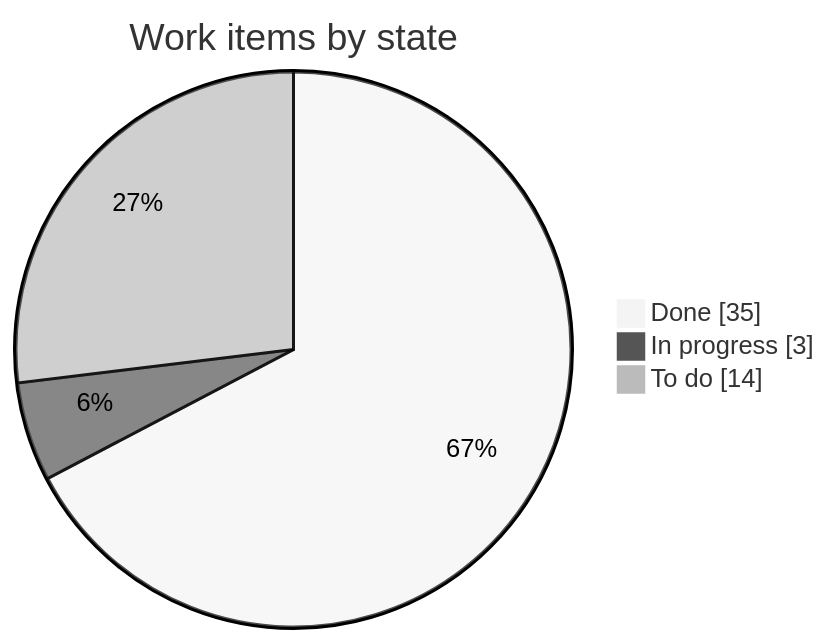
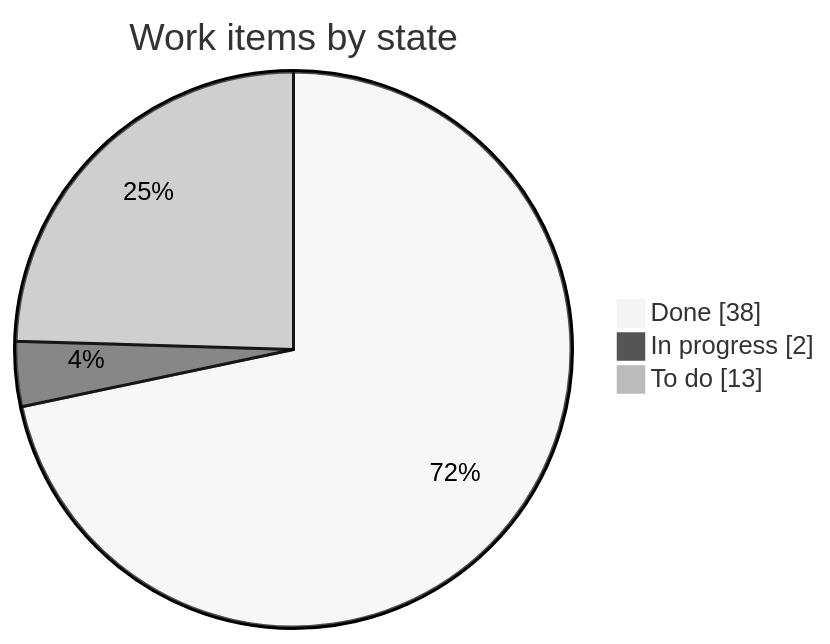
The first of 2 diagrams in STATUS.md (LoMagnette/ghost-light), drawn with Mermaid (neutral theme) before and after one commit. The commit also changed other lines of this file and 1 other file, not shown here.

Commit message:
docs(status): venue good enough for now, cats done, what is merged and what is not

````diff
--- a/STATUS.md
+++ b/STATUS.md
@@ -31,7 +31,7 @@
 ```mermaid
 pie showData
     title Work items by state
-    "Done" : 35
-    "In progress" : 3
-    "To do" : 14
+    "Done" : 38
+    "In progress" : 2
+    "To do" : 13
 ```
````
